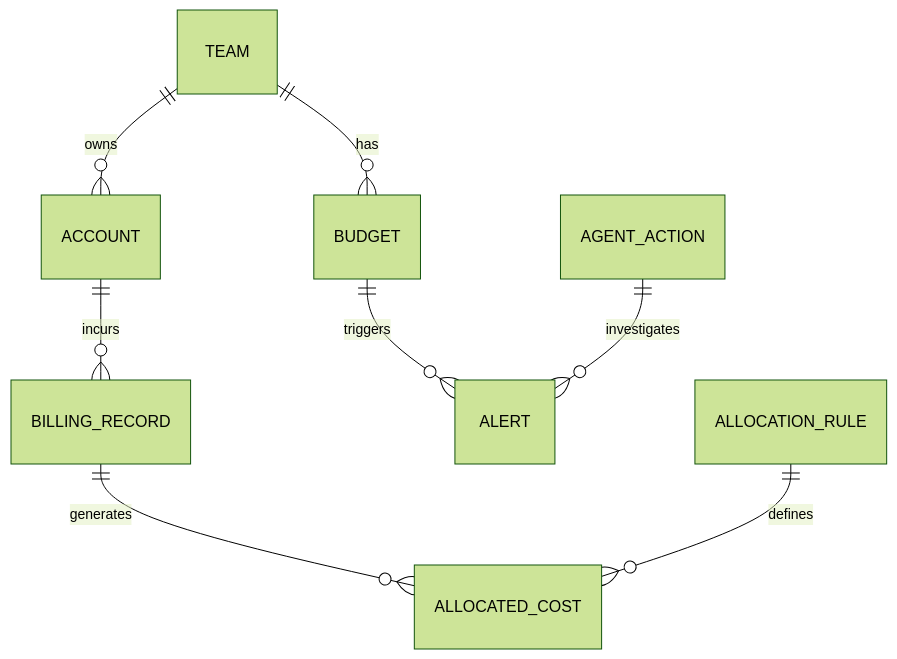
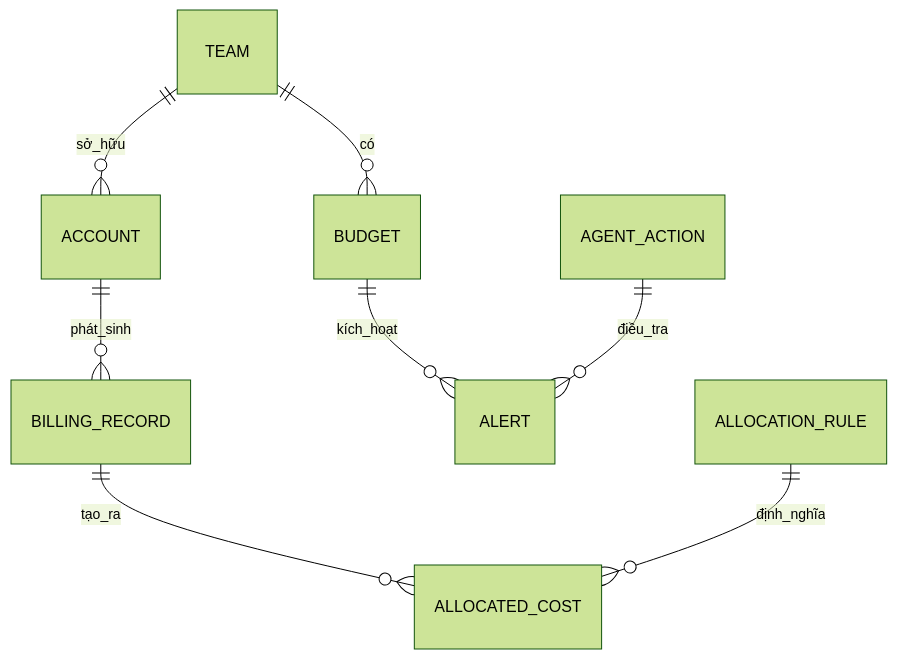
The fourth of 5 diagrams in pages/architecture.vi.mdx (alan-do/frt-finops-gitbook), drawn with Mermaid (forest theme) before and after one commit. The commit also changed other lines of this file, not shown here.

````diff
--- a/pages/architecture.vi.mdx
+++ b/pages/architecture.vi.mdx
@@ -142,10 +142,10 @@
 ```mermaid
 erDiagram
-    BILLING_RECORD ||--o{ ALLOCATED_COST : generates
-    ACCOUNT ||--o{ BILLING_RECORD : incurs
-    TEAM ||--o{ ACCOUNT : owns
-    TEAM ||--o{ BUDGET : has
-    BUDGET ||--o{ ALERT : triggers
-    ALLOCATION_RULE ||--o{ ALLOCATED_COST : defines
-    AGENT_ACTION ||--o{ ALERT : investigates
+    BILLING_RECORD ||--o{ ALLOCATED_COST : tạo_ra
+    ACCOUNT ||--o{ BILLING_RECORD : phát_sinh
+    TEAM ||--o{ ACCOUNT : sở_hữu
+    TEAM ||--o{ BUDGET : có
+    BUDGET ||--o{ ALERT : kích_hoạt
+    ALLOCATION_RULE ||--o{ ALLOCATED_COST : định_nghĩa
+    AGENT_ACTION ||--o{ ALERT : điều_tra
 ```
````
